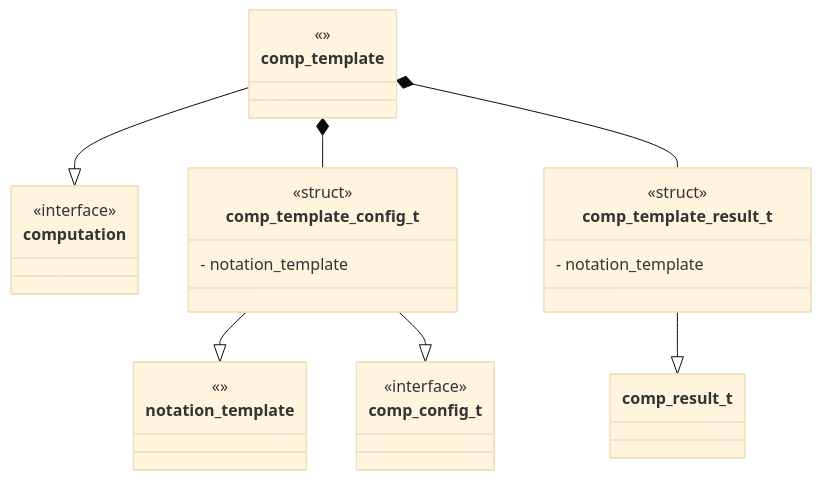
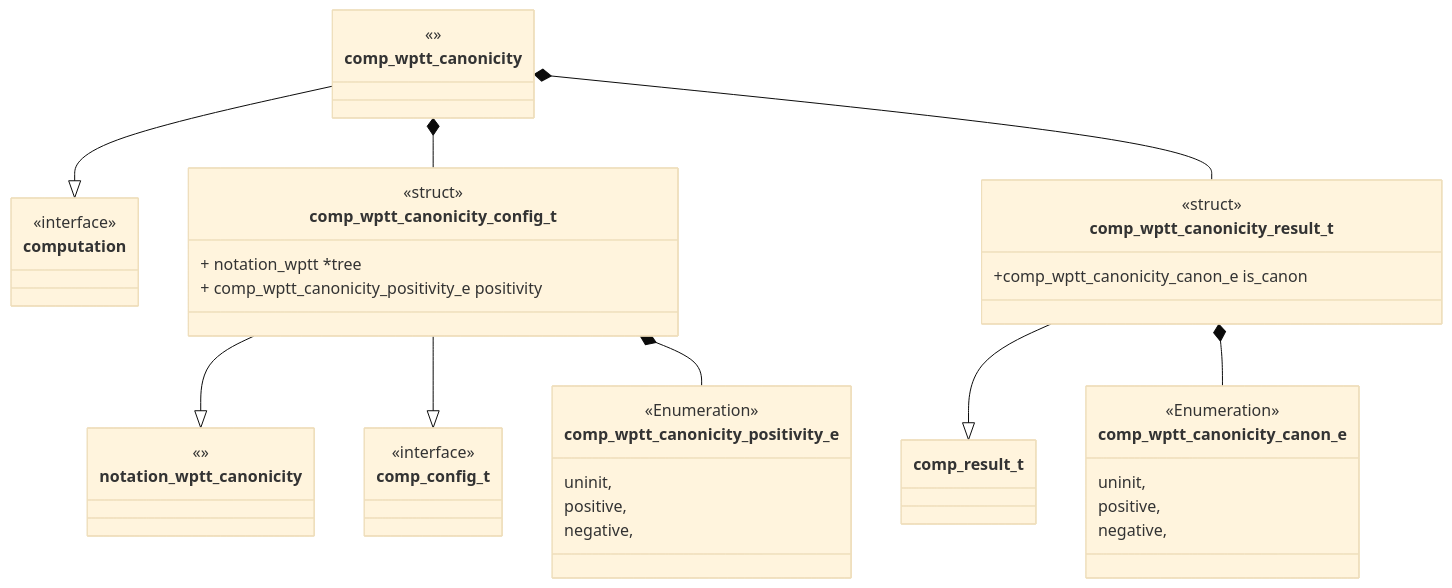
One commit to Uiowa-Applied-Topology/tanglenomicon_core_libraries changed the first of 4 diagrams in source/comp-wptt_canonicity/unit-description.md. Above: the diagram before and after it, drawn with Mermaid (base theme). The commit also changed other lines of this file, not shown here.

````diff
--- a/source/comp-wptt_canonicity/unit-description.md
+++ b/source/comp-wptt_canonicity/unit-description.md
@@ -15,39 +11,56 @@
 ```mermaid
 classDiagram
-    comp_template --|> computation
-    comp_template_config_t --|> notation_template
-    comp_template_config_t --|> comp_config_t
-    comp_template_result_t --|> comp_result_t
-    comp_template *-- comp_template_config_t
-    comp_template *-- comp_template_result_t
+    comp_wptt_canonicity  --|> computation
+    comp_wptt_canonicity_config_t --|> notation_wptt_canonicity
+    comp_wptt_canonicity_config_t --|> comp_config_t
+    comp_wptt_canonicity_result_t --|> comp_result_t
+    comp_wptt_canonicity  *-- comp_wptt_canonicity _config_t
+    comp_wptt_canonicity  *-- comp_wptt_canonicity _result_t
+    comp_wptt_canonicity_config_t *-- comp_wptt_canonicity_positivity_e
+    comp_wptt_canonicity_result_t *-- comp_wptt_canonicity_canon_e
 
     class computation {
         <<interface>>
     }
 
-    class comp_template {
+    class comp_wptt_canonicity  {
     <<>>
     }
 
-    class notation_template{
+    class notation_wptt_canonicity {
     <<>>
     }
 
-    class comp_template_config_t {
+    class comp_wptt_canonicity_config_t {
     <<struct>>
-    - notation_template
+    + notation_wptt *tree
+    + comp_wptt_canonicity_positivity_e positivity
+    }
 
+    class comp_wptt_canonicity_positivity_e {
+    <<Enumeration>>
+     uninit,
+     positive,
+     negative,
     }
-    class comp_template_result_t {
+
+    class comp_wptt_canonicity_canon_e {
+    <<Enumeration>>
+     uninit,
+     positive,
+     negative,
+    }
+
+    class comp_wptt_canonicity_result_t {
     <<struct>>
-    - notation_template
+    +comp_wptt_canonicity_canon_e is_canon
 
     }
 
     class comp_config_t {
     <<interface>>
 
     }
 
 
 ```
````
